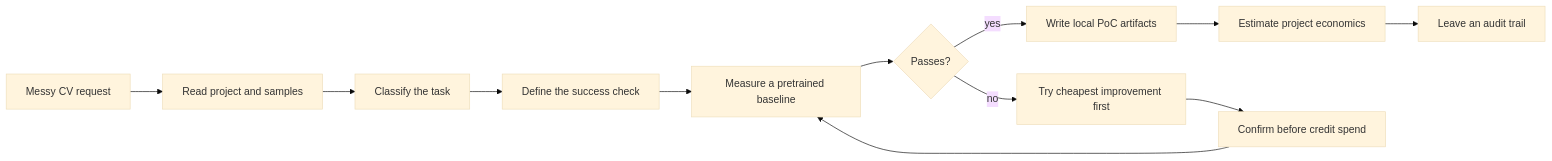
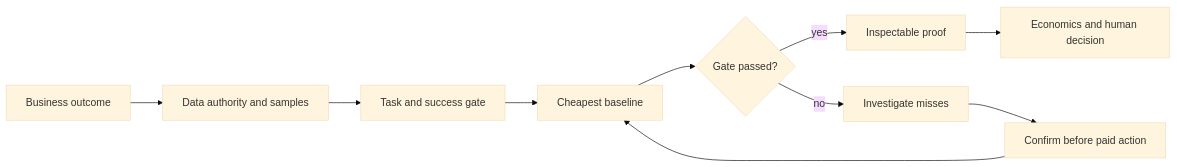
Before and after one commit to Borda/vision-delivery: the diagram in README.md, drawn with Mermaid (base theme). The commit also changed other lines of this file and 34 other files, not shown here.

````diff
--- a/README.md
+++ b/README.md
@@ -11,14 +59,12 @@
 ```mermaid
 flowchart LR
-    A[Messy CV request] --> B[Read project and samples]
-    B --> C[Classify the task]
-    C --> D[Define the success check]
-    D --> E[Measure a pretrained baseline]
-    E --> F{Passes?}
-    F -->|yes| G[Write local PoC artifacts]
-    F -->|no| H[Try cheapest improvement first]
-    H --> I[Confirm before credit spend]
-    I --> E
-    G --> J[Estimate project economics]
-    J --> K[Leave an audit trail]
+    A[Business outcome] --> B[Data authority and samples]
+    B --> C[Task and success gate]
+    C --> D[Cheapest baseline]
+    D --> E{Gate passed?}
+    E -->|yes| F[Inspectable proof]
+    E -->|no| G[Investigate misses]
+    G --> H[Confirm before paid action]
+    H --> D
+    F --> I[Economics and human decision]
 ```
````
